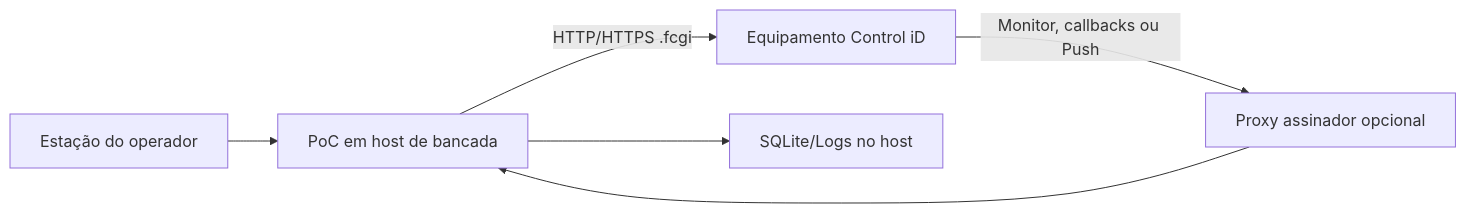
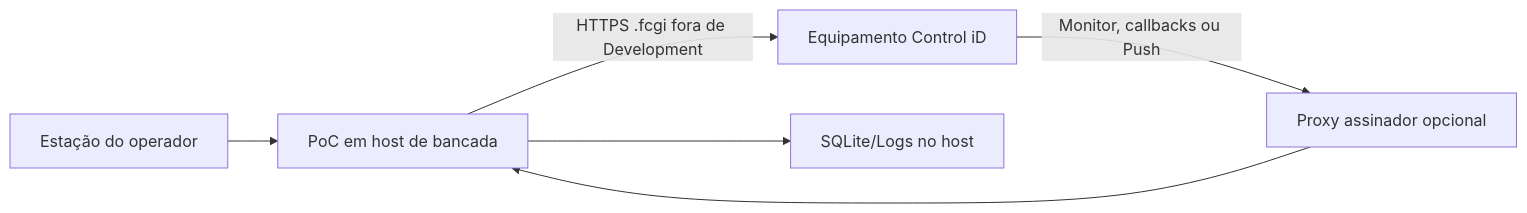
Before and after one commit to DanielCosta3415/integracao-controlid-poc: the second of 3 diagrams in docs/integracao-controlid/network-topologies.md, drawn with Mermaid. The commit also changed other lines of this file and 86 other files, not shown here.

````diff
--- a/docs/integracao-controlid/network-topologies.md
+++ b/docs/integracao-controlid/network-topologies.md
@@ -38,8 +38,8 @@
 ```mermaid
 flowchart LR
     Browser["Estação do operador"] --> Poc["PoC em host de bancada"]
-    Poc -->|"HTTP/HTTPS .fcgi"| Device["Equipamento Control iD"]
+    Poc -->|"HTTPS .fcgi fora de Development"| Device["Equipamento Control iD"]
     Device -->|"Monitor, callbacks ou Push"| Proxy["Proxy assinador opcional"]
     Proxy --> Poc
     Poc --> Db["SQLite/Logs no host"]
 ```
````
